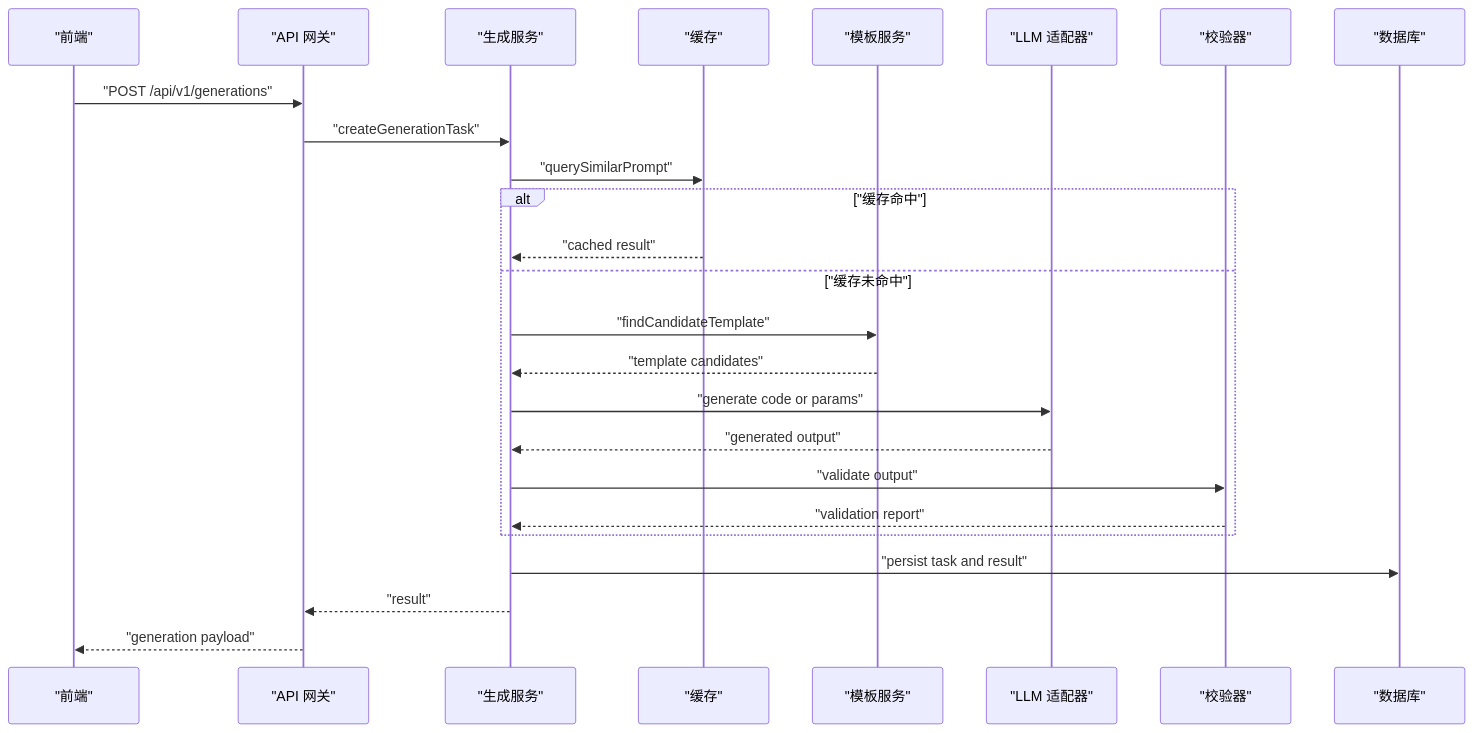
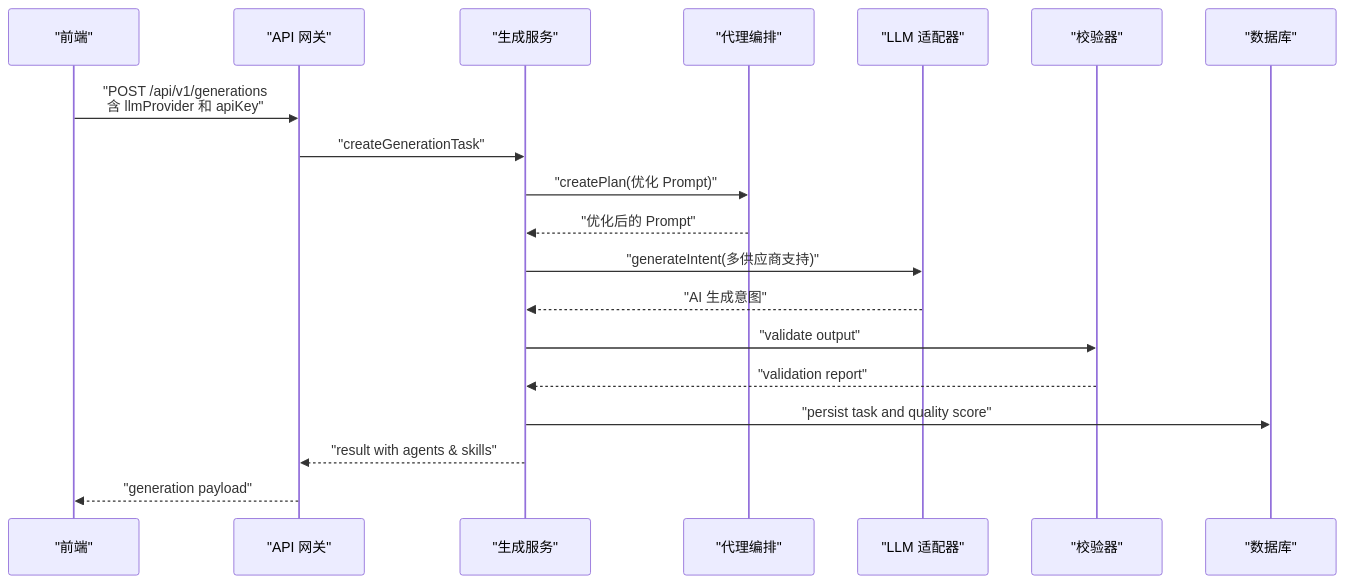
One commit to MrXujiang/ApexForge changed the tenth of 11 diagrams in .qoder/repowiki/zh/content/核心功能模块/AI 生成引擎/AI 生成引擎.md. Above: the diagram before and after it, drawn with Mermaid. The commit also changed other lines of this file and 84 other files, not shown here.

````diff
--- a/.qoder/repowiki/zh/content/核心功能模块/AI 生成引擎/AI 生成引擎.md
+++ b/.qoder/repowiki/zh/content/核心功能模块/AI 生成引擎/AI 生成引擎.md
@@ -279,27 +365,21 @@
 ```mermaid
 sequenceDiagram
 participant FE as "前端"
 participant API as "API 网关"
 participant GEN as "生成服务"
-participant CACHE as "缓存"
-participant TPL as "模板服务"
+participant HARN as "代理编排"
 participant LLM as "LLM 适配器"
 participant VAL as "校验器"
 participant DB as "数据库"
-FE->>API : "POST /api/v1/generations"
+FE->>API : "POST /api/v1/generations<br/>含 llmProvider 和 apiKey"
 API->>GEN : "createGenerationTask"
-GEN->>CACHE : "querySimilarPrompt"
-alt "缓存命中"
-CACHE-->>GEN : "cached result"
-else "缓存未命中"
-GEN->>TPL : "findCandidateTemplate"
-TPL-->>GEN : "template candidates"
-GEN->>LLM : "generate code or params"
-LLM-->>GEN : "generated output"
+GEN->>HARN : "createPlan(优化 Prompt)"
+HARN-->>GEN : "优化后的 Prompt"
+GEN->>LLM : "generateIntent(多供应商支持)"
+LLM-->>GEN : "AI 生成意图"
 GEN->>VAL : "validate output"
 VAL-->>GEN : "validation report"
-end
-GEN->>DB : "persist task and result"
-GEN-->>API : "result"
+GEN->>DB : "persist task and quality score"
+GEN-->>API : "result with agents & skills"
 API-->>FE : "generation payload"
 ```
````
